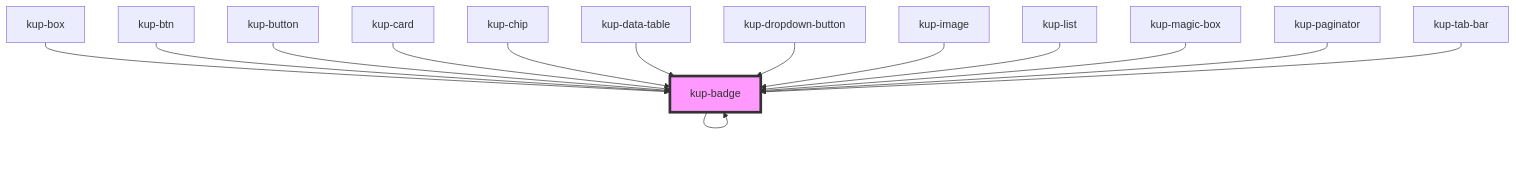
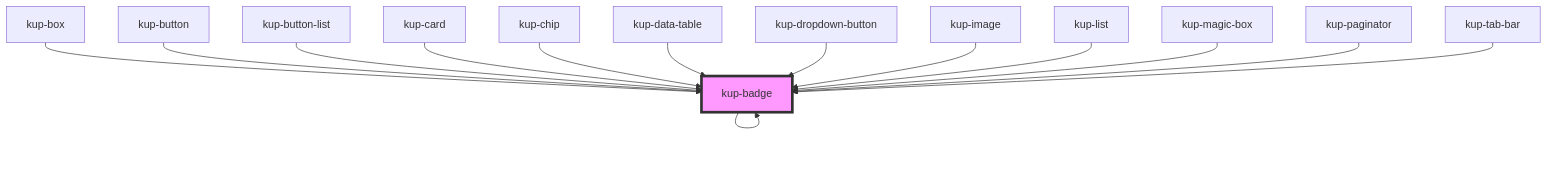
One commit to smeup/ketchup changed the diagram in packages/ketchup/src/components/kup-badge/readme.md. Above: the diagram before and after it, drawn with Mermaid. The commit also changed other lines of this file and 36 other files, not shown here.

Commit message:
Refactor kup-btn to kup-button-list

````diff
--- a/packages/ketchup/src/components/kup-badge/readme.md
+++ b/packages/ketchup/src/components/kup-badge/readme.md
@@ -68,17 +68,17 @@
 ```mermaid
 graph TD;
   kup-badge --> kup-badge
   kup-box --> kup-badge
-  kup-btn --> kup-badge
   kup-button --> kup-badge
+  kup-button-list --> kup-badge
   kup-card --> kup-badge
   kup-chip --> kup-badge
   kup-data-table --> kup-badge
   kup-dropdown-button --> kup-badge
   kup-image --> kup-badge
   kup-list --> kup-badge
   kup-magic-box --> kup-badge
   kup-paginator --> kup-badge
   kup-tab-bar --> kup-badge
   style kup-badge fill:#f9f,stroke:#333,stroke-width:4px
 ```
````
